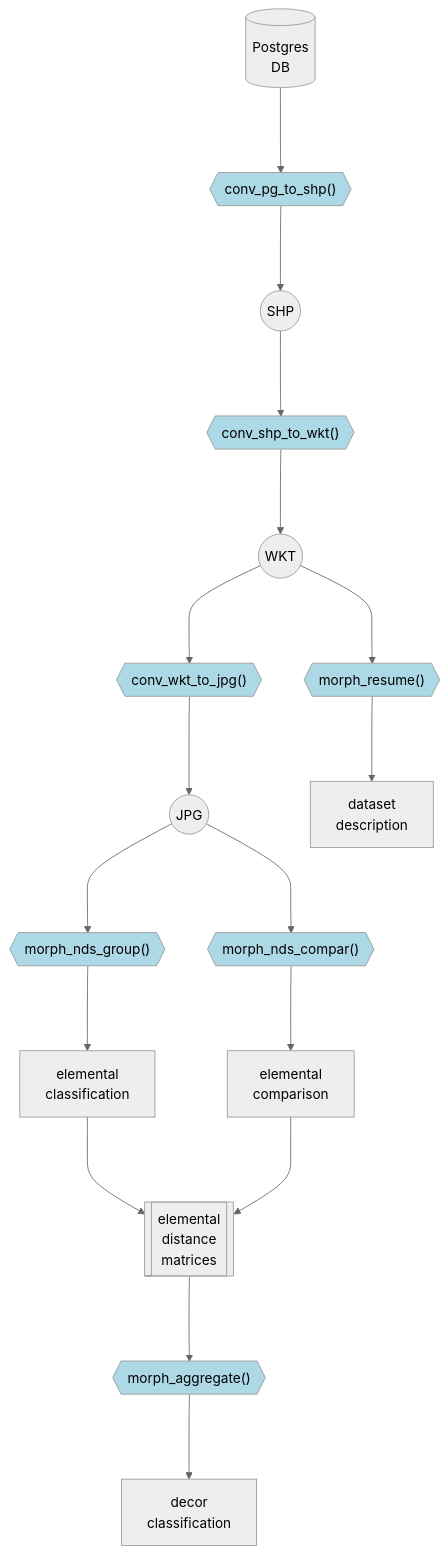
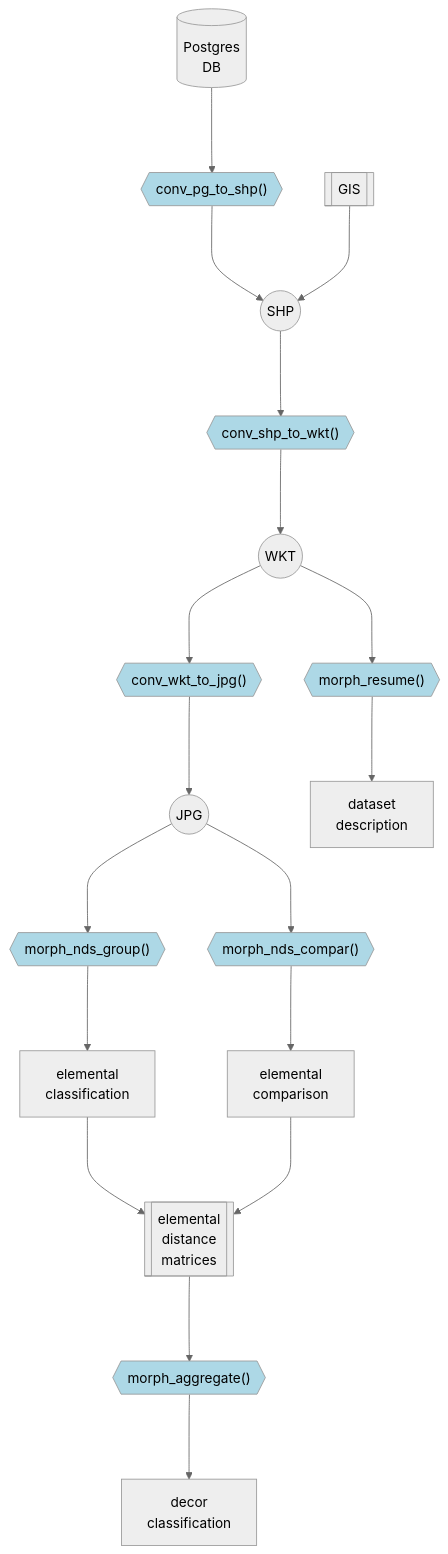
One commit to zoometh/iconr changed the diagram in README.md. Above: the diagram before and after it, drawn with Mermaid (neutral theme). The commit also changed 3 other files, not shown here.

Commit message:
flowchart mermaids

````diff
--- a/README.md
+++ b/README.md
@@ -144,19 +144,20 @@
 ```mermaid
 flowchart TD
     A[(Postgres<br>DB)] ---> B{{"conv_pg_to_shp()"}}:::iconRpkg;
     B ---> C((SHP));
+    Q[[GIS]] ---> C;
     C ---> D{{"conv_shp_to_wkt()"}}:::iconRpkg;
     D ---> E((WKT));
     E ---> F{{"conv_wkt_to_jpg()"}}:::iconRpkg;
     F ---> G((JPG));
     G ---> H{{"morph_nds_group()"}}:::iconRpkg;
     H ---> I[elemental<br>classification];
     G ---> J{{"morph_nds_compar()"}}:::iconRpkg;
     J ---> K[elemental<br>comparison];
     E ---> L{{"morph_resume()"}}:::iconRpkg;
     L ---> P[dataset<br>description];
     I & K ---> M[[elemental<br>distance<br>matrices]];
     M ---> N{{"morph_aggregate()"}}:::iconRpkg;
     N ---> O[decor<br>classification];
     classDef iconRpkg fill:#add8e6;
 ```
````
